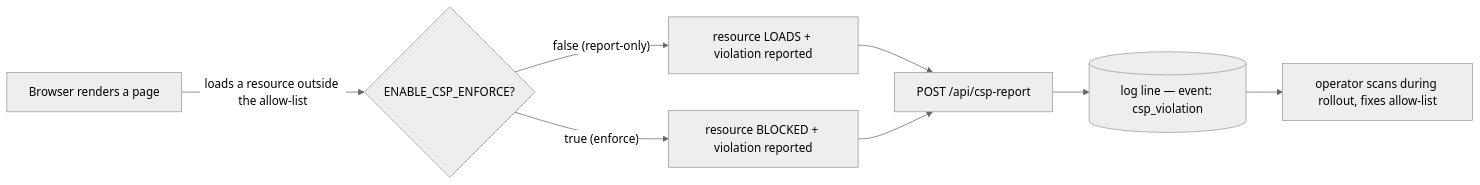
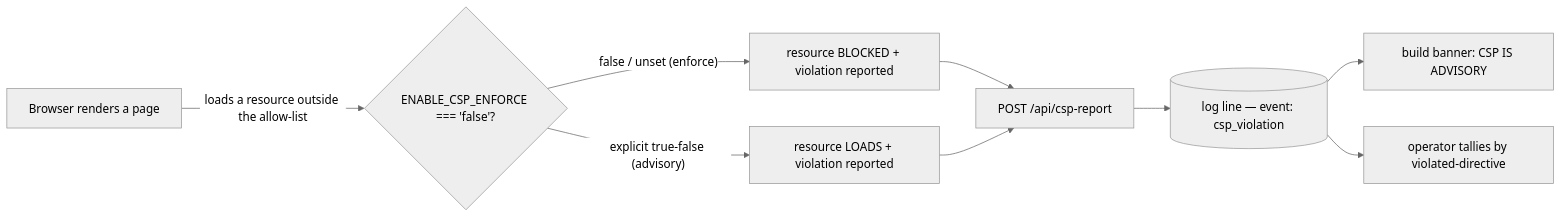
The diagram in docs/enterprise/20-iam-and-security/05-security-headers.md (Practitionist/familiarise_web), drawn with Mermaid (neutral theme) before and after one commit. The commit also changed other lines of this file and 43 other files, not shown here.

````diff
--- a/docs/enterprise/20-iam-and-security/05-security-headers.md
+++ b/docs/enterprise/20-iam-and-security/05-security-headers.md
@@ -39,10 +53,11 @@
 ```mermaid
 flowchart LR
-  B[Browser renders a page] -->|"loads a resource outside the allow-list"| EVAL{"ENABLE_CSP_ENFORCE?"}
-  EVAL -->|"false (report-only)"| ALLOW["resource LOADS + violation reported"]
-  EVAL -->|"true (enforce)"| BLOCK["resource BLOCKED + violation reported"]
-  ALLOW --> POST["POST /api/csp-report"]
-  BLOCK --> POST
+  B[Browser renders a page] -->|"loads a resource outside the allow-list"| EVAL{"ENABLE_CSP_ENFORCE === 'false'?"}
+  EVAL -->|"false / unset (enforce)"| BLOCK["resource BLOCKED + violation reported"]
+  EVAL -->|"explicit true-false (advisory)"| ALLOW["resource LOADS + violation reported"]
+  BLOCK --> POST["POST /api/csp-report"]
+  ALLOW --> POST
   POST --> LOG[("log line — event: csp_violation")]
-  LOG --> OP["operator scans during rollout, fixes allow-list"]
+  LOG --> WARN["build banner: CSP IS ADVISORY"]
+  LOG --> OP["operator tallies by violated-directive"]
 ```
````
